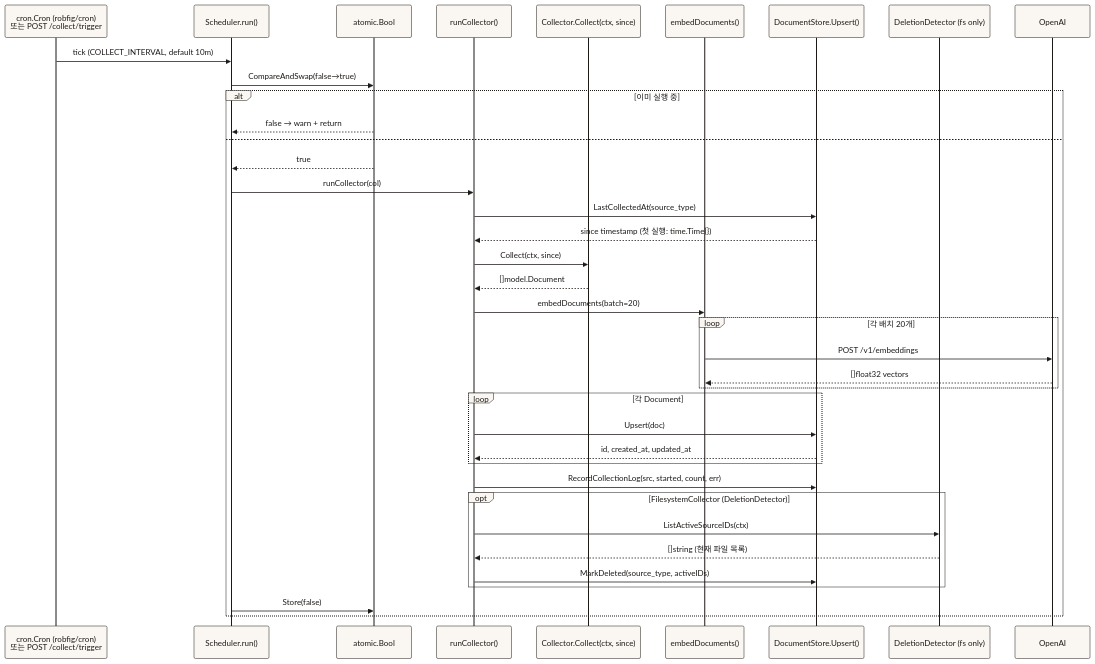
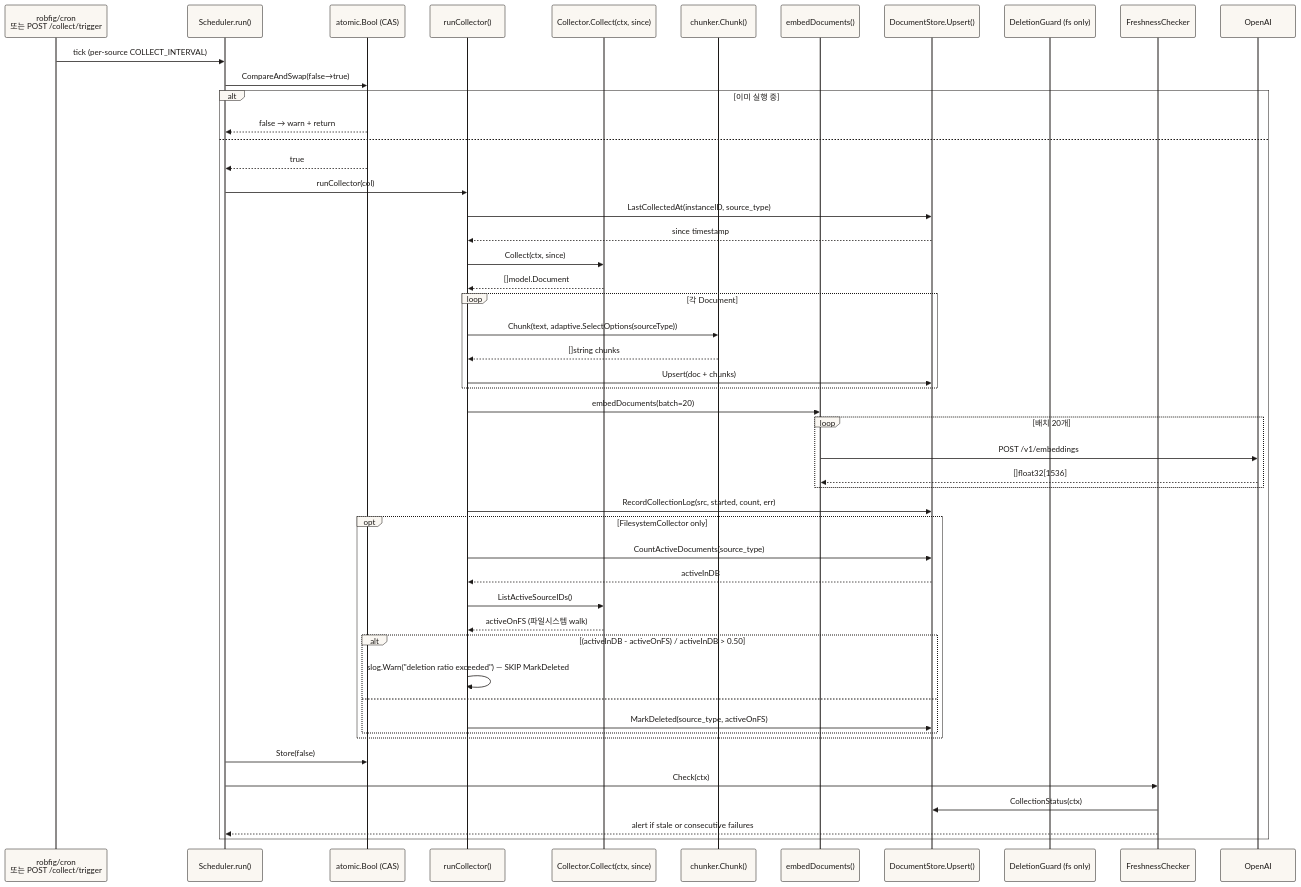
Before and after one commit to baekenough/second-brain: the fourth of 6 diagrams in ARCHITECTURE.md, drawn with Mermaid. The commit also changed other lines of this file and 3 other files, not shown here.

First line of the commit message:
docs: update README + ARCHITECTURE to v0.20.4

````diff
--- a/ARCHITECTURE.md
+++ b/ARCHITECTURE.md
@@ -333,54 +376,72 @@
 ```mermaid
 %%{init: {
   "theme": "base",
   "themeVariables": {
     "background": "#faf7f2",
     "primaryColor": "#faf7f2",
     "primaryTextColor": "#1c1917",
     "primaryBorderColor": "#1c1917",
     "lineColor": "#57534e",
     "secondaryColor": "#f0ebe3",
     "tertiaryColor": "#faf7f2",
     "fontFamily": "-apple-system, BlinkMacSystemFont, Geist, Inter, sans-serif",
     "fontSize": "13px"
   }
 }}%%
 sequenceDiagram
-    participant CRON as cron.Cron (robfig/cron)<br/>또는 POST /collect/trigger
+    participant CRON as robfig/cron<br/>또는 POST /collect/trigger
     participant SCHED as Scheduler.run()
-    participant CAS as atomic.Bool
+    participant CAS as atomic.Bool (CAS)
     participant RC as runCollector()
     participant COL as Collector.Collect(ctx, since)
+    participant CHUNK as chunker.Chunk()
     participant EMBED as embedDocuments()
     participant STORE as DocumentStore.Upsert()
-    participant DD as DeletionDetector (fs only)
+    participant GUARD as DeletionGuard (fs only)
+    participant FRESH as FreshnessChecker
 
-    CRON->>SCHED: tick (COLLECT_INTERVAL, default 10m)
+    CRON->>SCHED: tick (per-source COLLECT_INTERVAL)
     SCHED->>CAS: CompareAndSwap(false→true)
     alt 이미 실행 중
         CAS-->>SCHED: false → warn + return
     else
         CAS-->>SCHED: true
         SCHED->>RC: runCollector(col)
-        RC->>STORE: LastCollectedAt(source_type)
-        STORE-->>RC: since timestamp (첫 실행: time.Time{})
+        RC->>STORE: LastCollectedAt(instanceID, source_type)
+        STORE-->>RC: since timestamp
         RC->>COL: Collect(ctx, since)
         COL-->>RC: []model.Document
+
+        loop 각 Document
+            RC->>CHUNK: Chunk(text, adaptive.SelectOptions(sourceType))
+            CHUNK-->>RC: []string chunks
+            RC->>STORE: Upsert(doc + chunks)
+        end
+
         RC->>EMBED: embedDocuments(batch=20)
-        loop 각 배치 20개
+        loop 배치 20개
             EMBED->>OpenAI: POST /v1/embeddings
-            OpenAI-->>EMBED: []float32 vectors
+            OpenAI-->>EMBED: []float32[1536]
         end
-        loop 각 Document
-            RC->>STORE: Upsert(doc)
-            STORE-->>RC: id, created_at, updated_at
+
+        RC->>STORE: RecordCollectionLog(src, started, count, err)
+
+        opt FilesystemCollector only
+            RC->>STORE: CountActiveDocuments(source_type)
+            STORE-->>RC: activeInDB
+            RC->>COL: ListActiveSourceIDs()
+            COL-->>RC: activeOnFS (파일시스템 walk)
+
+            alt (activeInDB - activeOnFS) / activeInDB > 0.50
+                RC->>RC: slog.Warn("deletion ratio exceeded") — SKIP MarkDeleted
+            else
+                RC->>STORE: MarkDeleted(source_type, activeOnFS)
+            end
         end
-        RC->>STORE: RecordCollectionLog(src, started, count, err)
-        opt FilesystemCollector (DeletionDetector)
-            RC->>DD: ListActiveSourceIDs(ctx)
-            DD-->>RC: []string (현재 파일 목록)
-            RC->>STORE: MarkDeleted(source_type, activeIDs)
-        end
+
         SCHED->>CAS: Store(false)
+        SCHED->>FRESH: Check(ctx)
+        FRESH->>STORE: CollectionStatus(ctx)
+        FRESH-->>SCHED: alert if stale or consecutive failures
     end
 ```
````
